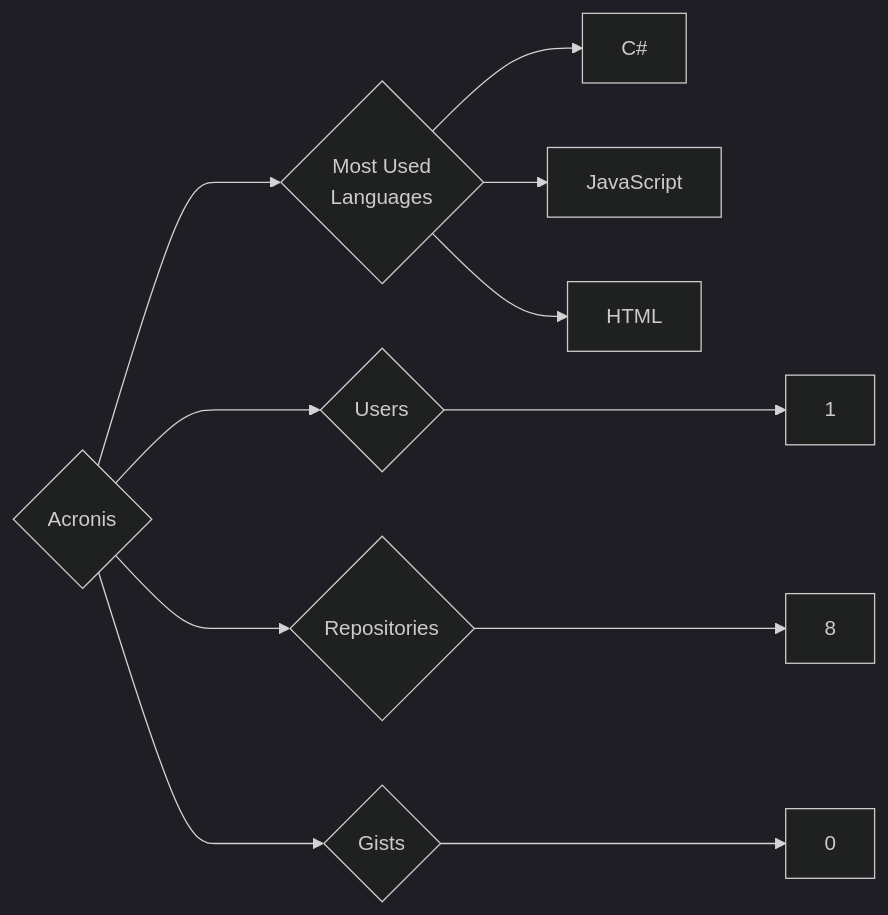
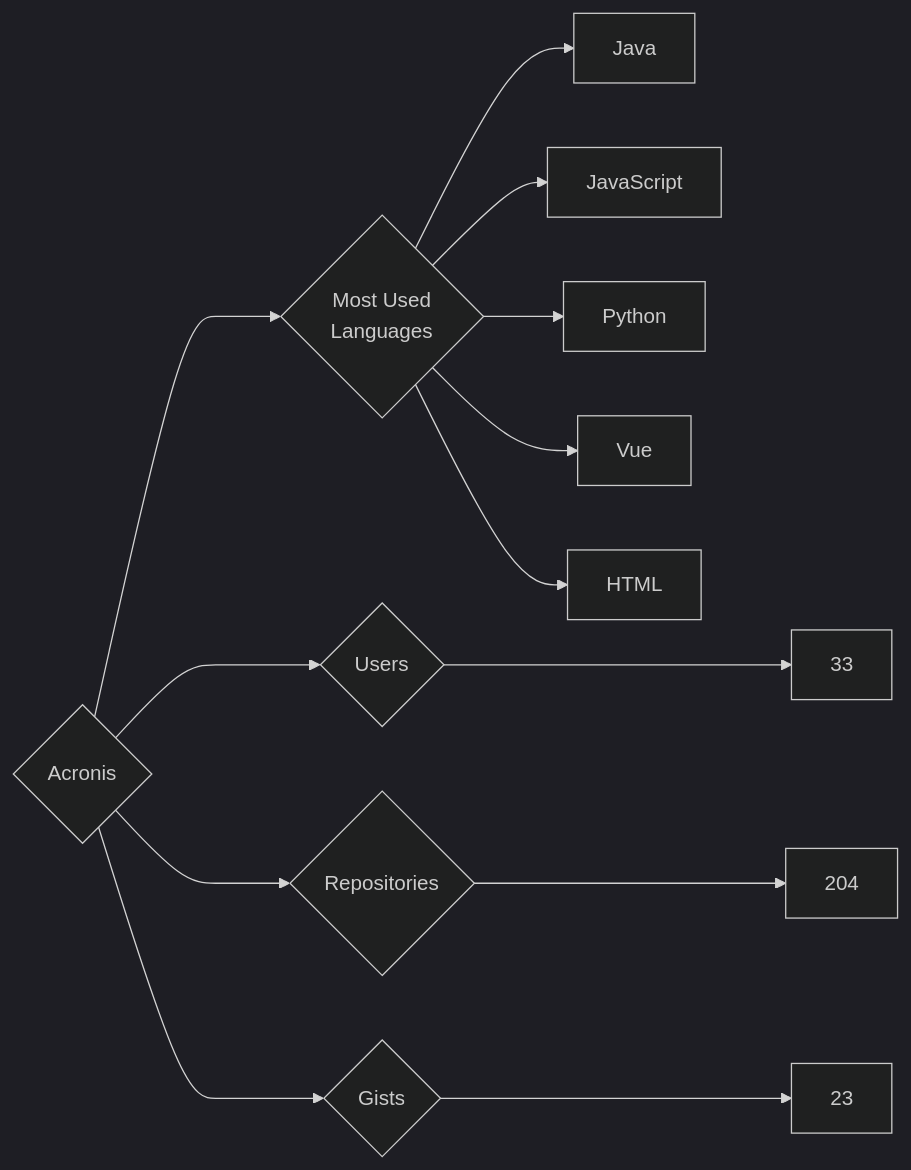
One commit to trickest/insiders changed the diagram in targets/Acronis/README.md. Above: the diagram before and after it, drawn with Mermaid (dark theme). The commit also changed 874 other files, not shown here.

````diff
--- a/targets/Acronis/README.md
+++ b/targets/Acronis/README.md
@@ -3,11 +3,13 @@
 ```mermaid
 graph LR
 COMPANY_NAME{Acronis}
-COMPANY_NAME ---> U{Users} ---> UN[1]
-COMPANY_NAME ---> R{Repositories} ---> RN[8]
-COMPANY_NAME ---> G{Gists} ---> GN[0]
+COMPANY_NAME ---> U{Users} ---> UN[33]
+COMPANY_NAME ---> R{Repositories} ---> RN[204]
+COMPANY_NAME ---> G{Gists} ---> GN[23]
 COMPANY_NAME ---> ML{Most Used<br>Languages}
-ML --> C#[C#]
+ML --> Java[Java]
 ML --> JavaScript[JavaScript]
+ML --> Python[Python]
+ML --> Vue[Vue]
 ML --> HTML[HTML]
 ```
````
